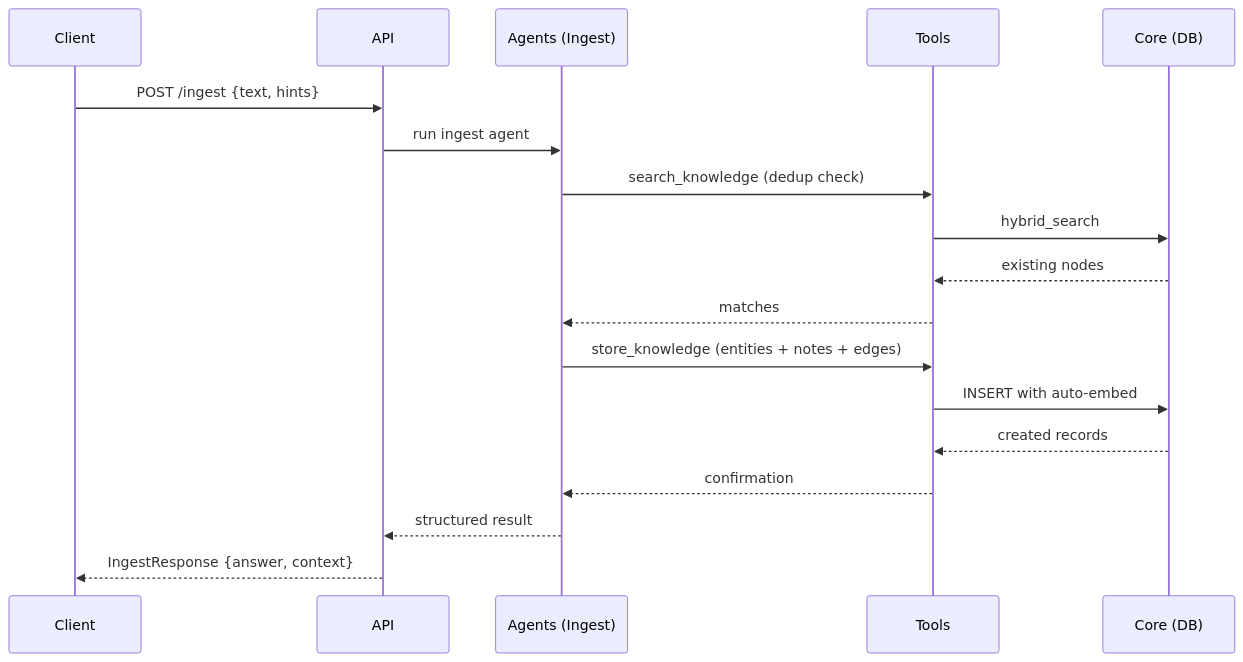
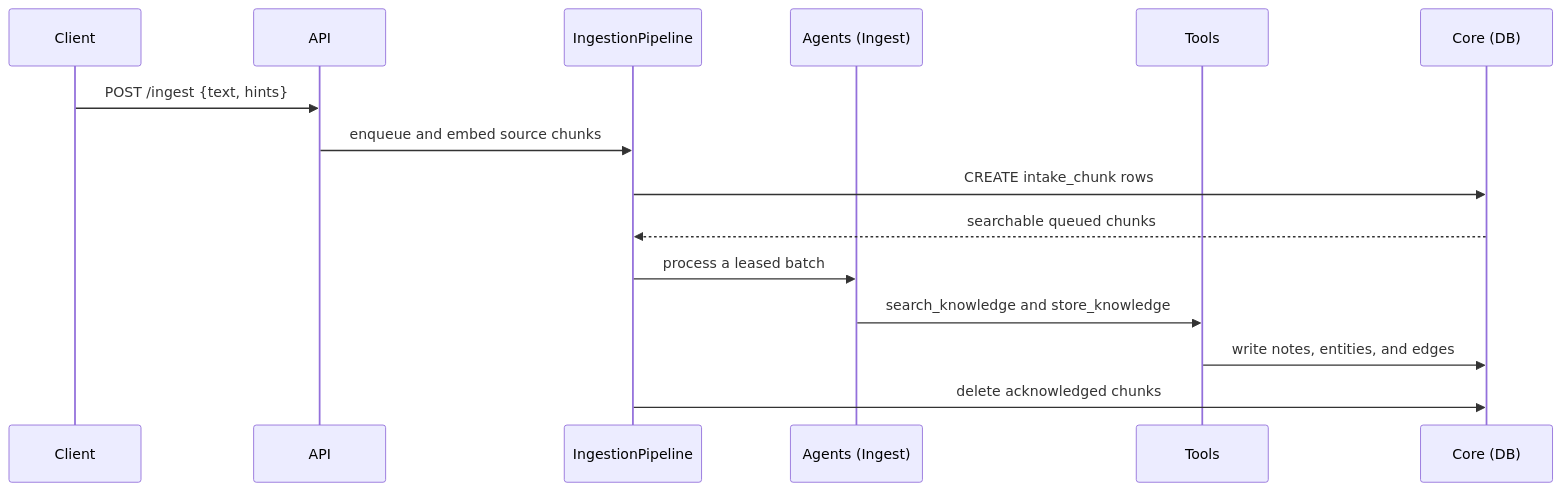
Before and after one commit to alennartz/second-brain: the second of 3 diagrams in codemap.md, drawn with Mermaid. The commit also changed other lines of this file and 11 other files, not shown here.

Commit message:
fix: resolve review findings for intake-chunk-queue

````diff
--- a/codemap.md
+++ b/codemap.md
@@ -20,20 +26,17 @@
 ```mermaid
 sequenceDiagram
   participant C as Client
   participant A as API
+  participant Q as IngestionPipeline
   participant IA as Agents (Ingest)
   participant T as Tools
   participant DB as Core (DB)
   C->>A: POST /ingest {text, hints}
-  A->>IA: run ingest agent
-  IA->>T: search_knowledge (dedup check)
-  T->>DB: hybrid_search
-  DB-->>T: existing nodes
-  T-->>IA: matches
-  IA->>T: store_knowledge (entities + notes + edges)
-  T->>DB: INSERT with auto-embed
-  DB-->>T: created records
-  T-->>IA: confirmation
-  IA-->>A: structured result
-  A-->>C: IngestResponse {answer, context}
+  A->>Q: enqueue and embed source chunks
+  Q->>DB: CREATE intake_chunk rows
+  DB-->>Q: searchable queued chunks
+  Q->>IA: process a leased batch
+  IA->>T: search_knowledge and store_knowledge
+  T->>DB: write notes, entities, and edges
+  Q->>DB: delete acknowledged chunks
 ```
````
